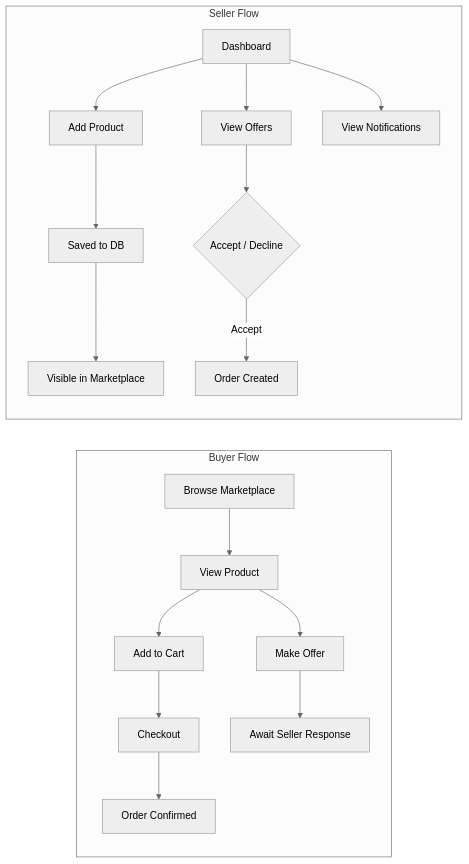
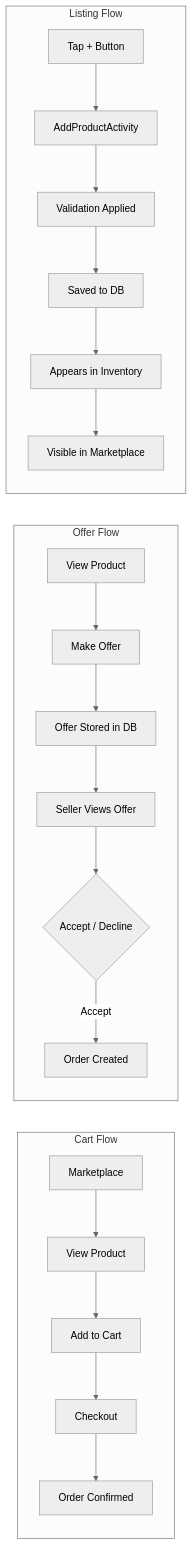
One commit to xnshikaa/CampusCycle changed the third of 5 diagrams in README.md. Above: the diagram before and after it, drawn with Mermaid (neutral theme). The commit also changed other lines of this file, not shown here.

````diff
--- a/README.md
+++ b/README.md
@@ -73,21 +97,25 @@
 ```mermaid
 flowchart LR
-    subgraph Buyer["Buyer Flow"]
-        B1[Browse Marketplace] --> B2[View Product]
+    subgraph Cart["Cart Flow"]
+        B1[Marketplace] --> B2[View Product]
         B2 --> B3[Add to Cart]
         B3 --> B4[Checkout]
         B4 --> B5[Order Confirmed]
-        B2 --> B6[Make Offer]
-        B6 --> B7[Await Seller Response]
     end
 
-    subgraph Seller["Seller Flow"]
-        S1[Dashboard] --> S2[Add Product]
-        S2 --> S3[Saved to DB]
-        S3 --> S4[Visible in Marketplace]
-        S1 --> S5[View Offers]
-        S5 --> S6{Accept / Decline}
-        S6 -->|Accept| S7[Order Created]
-        S1 --> S8[View Notifications]
+    subgraph Offer["Offer Flow"]
+        O1[View Product] --> O2[Make Offer]
+        O2 --> O3[Offer Stored in DB]
+        O3 --> O4[Seller Views Offer]
+        O4 --> O5{Accept / Decline}
+        O5 -->|Accept| O6[Order Created]
+    end
+
+    subgraph Listing["Listing Flow"]
+        L1[Tap + Button] --> L2[AddProductActivity]
+        L2 --> L3[Validation Applied]
+        L3 --> L4[Saved to DB]
+        L4 --> L5[Appears in Inventory]
+        L5 --> L6[Visible in Marketplace]
     end
 ```
````
